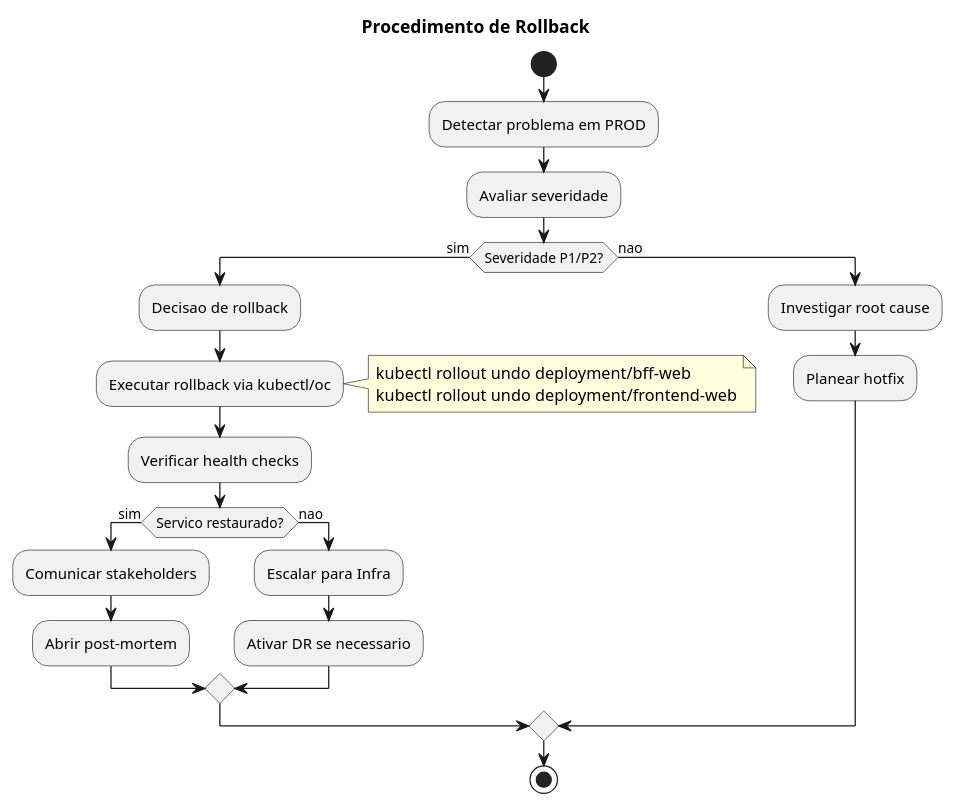
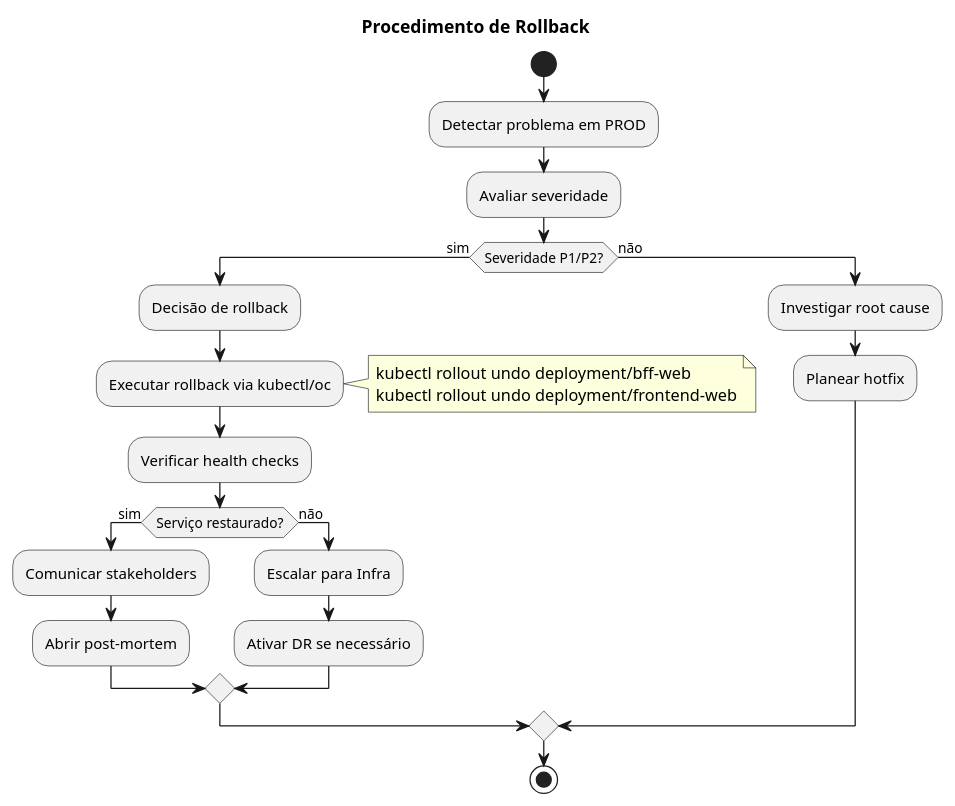
The sixth of 6 diagrams in current/definitions/DEF-10-arquitetura-operacional.md (beduardo/novobanco_website_doc), drawn with PlantUML before and after one commit. The commit also changed other lines of this file and 182 other files, not shown here.

````diff
--- a/current/definitions/DEF-10-arquitetura-operacional.md
+++ b/current/definitions/DEF-10-arquitetura-operacional.md
@@ -446,32 +446,32 @@
 ```plantuml
 @startuml
 skinparam backgroundColor white
 
 title Procedimento de Rollback
 
 start
 :Detectar problema em PROD;
 :Avaliar severidade;
 if (Severidade P1/P2?) then (sim)
-    :Decisao de rollback;
+    :Decisão de rollback;
     :Executar rollback via kubectl/oc;
     note right
     kubectl rollout undo deployment/bff-web
     kubectl rollout undo deployment/frontend-web
     end note
     :Verificar health checks;
-    if (Servico restaurado?) then (sim)
+    if (Serviço restaurado?) then (sim)
         :Comunicar stakeholders;
         :Abrir post-mortem;
-    else (nao)
+    else (não)
         :Escalar para Infra;
-        :Ativar DR se necessario;
+        :Ativar DR se necessário;
     endif
-else (nao)
+else (não)
     :Investigar root cause;
     :Planear hotfix;
 endif
 stop
 
 @enduml
 ```
````
